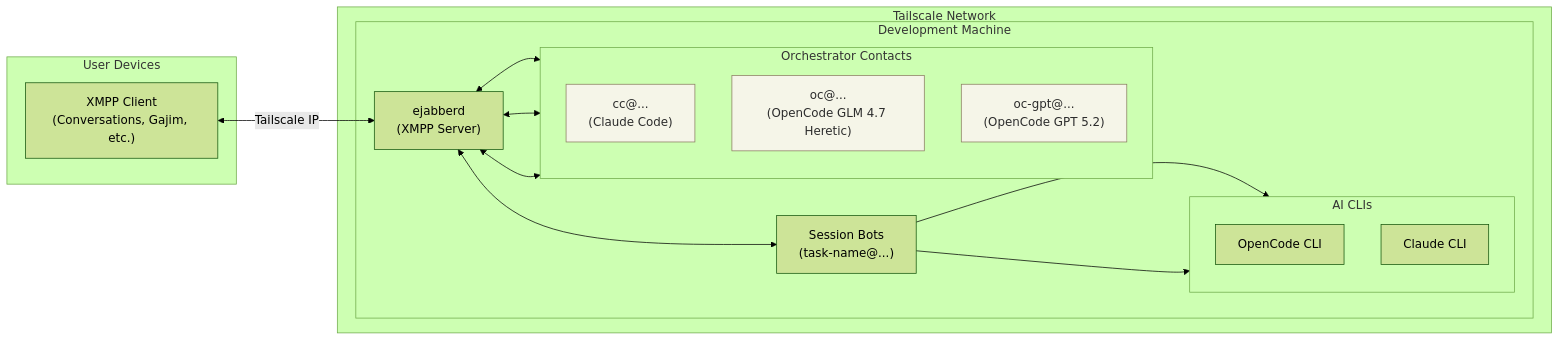
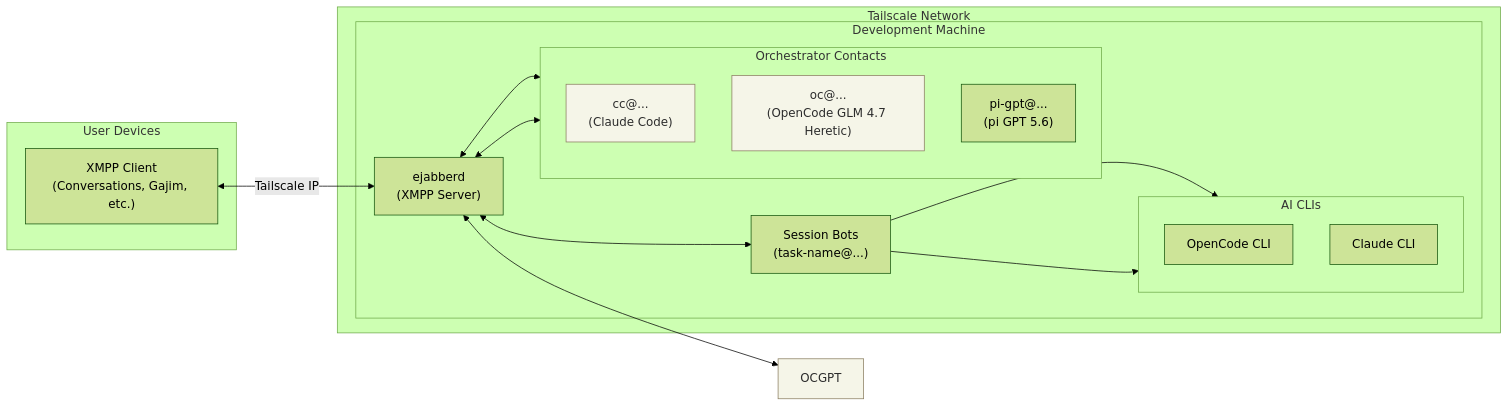
Before and after one commit to 0xrin1/switch: the diagram in docs/diagrams/system.mermaid, drawn with Mermaid (forest theme). The commit also changed 12 other files, not shown here.

```diff
--- a/docs/diagrams/system.mermaid
+++ b/docs/diagrams/system.mermaid
@@ -1,36 +1,36 @@
 flowchart LR
     subgraph User["User Devices"]
         Client["XMPP Client<br/>(Conversations, Gajim, etc.)"]
     end
 
     subgraph Tailnet["Tailscale Network"]
         subgraph DevBox["Development Machine"]
             XMPP["ejabberd<br/>(XMPP Server)"]
 
             subgraph Orchestrators["Orchestrator Contacts"]
                 direction TB
                 CC["cc@...<br/>(Claude Code)"]
                 OC["oc@...<br/>(OpenCode GLM 4.7 Heretic)"]
-                OCGPT["oc-gpt@...<br/>(OpenCode GPT 5.2)"]
+                PIGPT["pi-gpt@...<br/>(pi GPT 5.6)"]
             end
 
             Sessions["Session Bots<br/>(task-name@...)"]
 
             subgraph Engines["AI CLIs"]
                 direction TB
                 OpenCode["OpenCode CLI"]
                 Claude["Claude CLI"]
             end
         end
     end
 
     Client <-->|"Tailscale IP"| XMPP
     XMPP <--> CC
     XMPP <--> OC
     XMPP <--> OCGPT
     XMPP <--> Sessions
     Sessions --> OpenCode
     Sessions --> Claude
 
     classDef orchestrator fill:#f5f5e8,stroke:#8a7d60,color:#2c2c2c;
     class CC,OC,OCGPT orchestrator;
```
